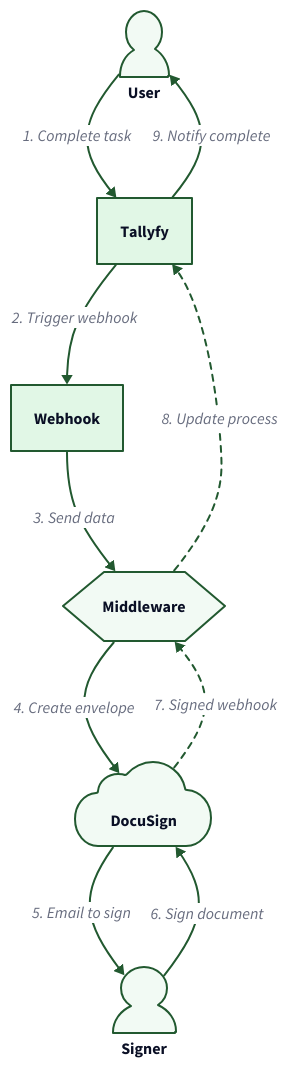
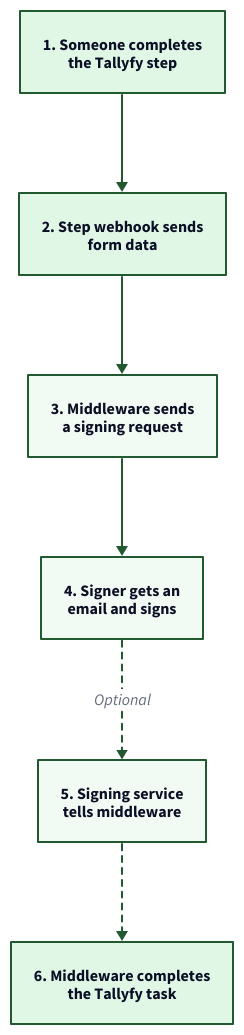
The diagram in src/content/docs/pro/documenting/documents/how-can-i-automate-document-signing-with-tallyfy.mdx (tallyfy/documentation), drawn with D2 before and after one commit. The commit also changed other lines of this file and 13 other files, not shown here.

First line of the commit message:
Redraw 16 diagrams on 14 pages so they read at full size

````diff
--- a/src/content/docs/pro/documenting/documents/how-can-i-automate-document-signing-with-tallyfy.mdx
+++ b/src/content/docs/pro/documenting/documents/how-can-i-automate-document-signing-with-tallyfy.mdx
@@ -44,82 +44,52 @@
 ```d2
 # Document Signing Automation Flow
 direction: down
 
-# People
-User: "User" {
-  shape: person
+Complete: "1. Someone completes\nthe Tallyfy step" {
+  style.fill: "#e1f7e6"
+  style.stroke: "#225930"
+}
+
+Webhook: "2. Step webhook sends\nform data" {
+  style.fill: "#e1f7e6"
+  style.stroke: "#225930"
+}
+
+Request: "3. Middleware sends\na signing request" {
   style.fill: "#f2faf4"
   style.stroke: "#225930"
 }
 
-Signer: "Signer" {
-  shape: person
+Sign: "4. Signer gets an\nemail and signs" {
   style.fill: "#f2faf4"
   style.stroke: "#225930"
 }
 
-# Systems
-Tallyfy: "Tallyfy" {
-  shape: rectangle
-  style.fill: "#e1f7e6"
+Signed: "5. Signing service\ntells middleware" {
+  style.fill: "#f2faf4"
   style.stroke: "#225930"
-  style.stroke-width: 2
 }
 
-Webhook: "Webhook" {
-  shape: rectangle
+Done: "6. Middleware completes\nthe Tallyfy task" {
   style.fill: "#e1f7e6"
   style.stroke: "#225930"
 }
 
-Middleware: "Middleware" {
-  shape: hexagon
-  style.fill: "#f2faf4"
+Complete -> Webhook: {
   style.stroke: "#225930"
 }
-
-DocuSign: "DocuSign" {
-  shape: cloud
-  style.fill: "#f2faf4"
+Webhook -> Request: {
   style.stroke: "#225930"
 }
-
-# Process Flow
-User -> Tallyfy: "1. Complete task" {
+Request -> Sign: {
   style.stroke: "#225930"
 }
-
-Tallyfy -> Webhook: "2. Trigger webhook" {
-  style.stroke: "#225930"
-}
-
-Webhook -> Middleware: "3. Send data" {
-  style.stroke: "#225930"
-}
-
-Middleware -> DocuSign: "4. Create envelope" {
-  style.stroke: "#225930"
-}
-
-DocuSign -> Signer: "5. Email to sign" {
-  style.stroke: "#225930"
-}
-
-Signer -> DocuSign: "6. Sign document" {
-  style.stroke: "#225930"
-}
-
-DocuSign -> Middleware: "7. Signed webhook" {
+Sign -> Signed: "Optional" {
   style.stroke: "#225930"
   style.stroke-dash: 3
 }
-
-Middleware -> Tallyfy: "8. Update process" {
+Signed -> Done: {
   style.stroke: "#225930"
   style.stroke-dash: 3
 }
-
-Tallyfy -> User: "9. Notify complete" {
-  style.stroke: "#225930"
-}
 ```
````
